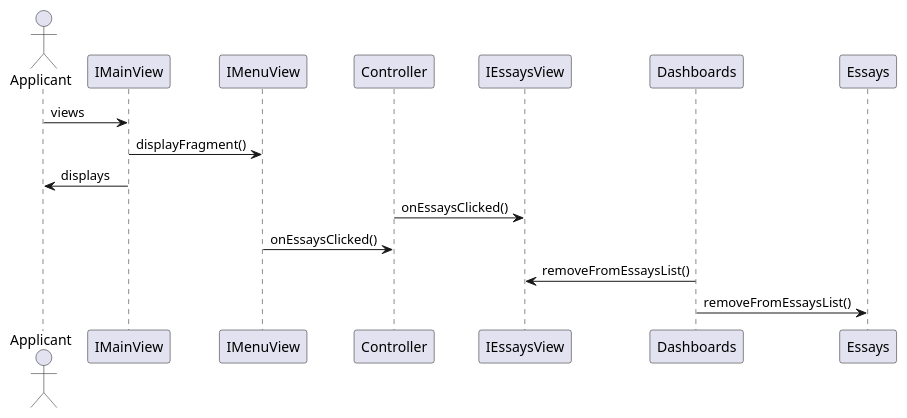
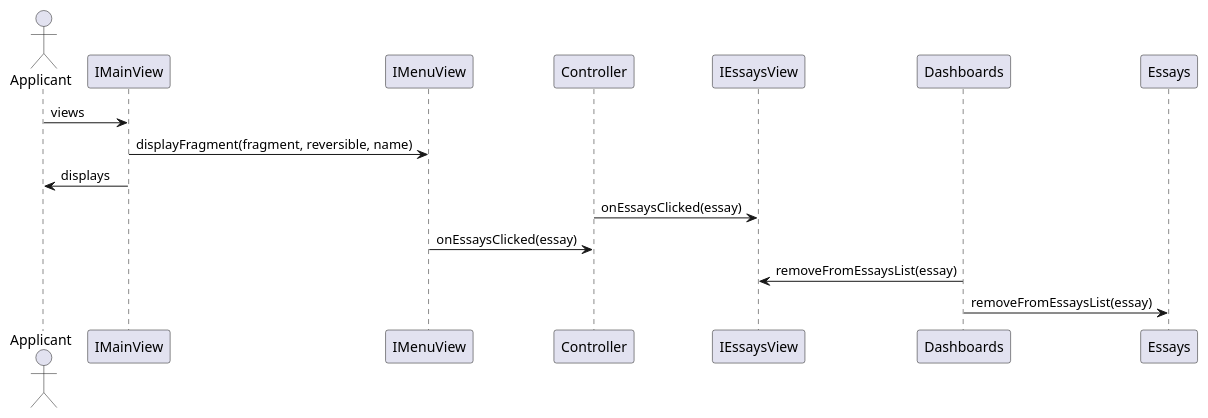
Before and after one commit to jlederer33/Essay-Review-App: the second of 5 diagrams in intellij/doc/design.md, drawn with PlantUML. The commit also changed other lines of this file, not shown here.

Commit message:
addition to the diagrams.

````diff
--- a/intellij/doc/design.md
+++ b/intellij/doc/design.md
@@ -19,11 +19,11 @@
 ```plantuml
 actor Applicant as applicant
 applicant-> IMainView : views
-IMainView -> IMenuView : displayFragment()
+IMainView -> IMenuView : displayFragment(fragment, reversible, name)
 applicant <- IMainView : displays
-Controller -> IEssaysView : onEssaysClicked()
-Controller <- IMenuView : onEssaysClicked()
-IEssaysView <- Dashboards : removeFromEssaysList()
-Dashboards -> Essays : removeFromEssaysList()
+Controller -> IEssaysView : onEssaysClicked(essay)
+Controller <- IMenuView : onEssaysClicked(essay)
+IEssaysView <- Dashboards : removeFromEssaysList(essay)
+Dashboards -> Essays : removeFromEssaysList(essay)
 
 ```
````
